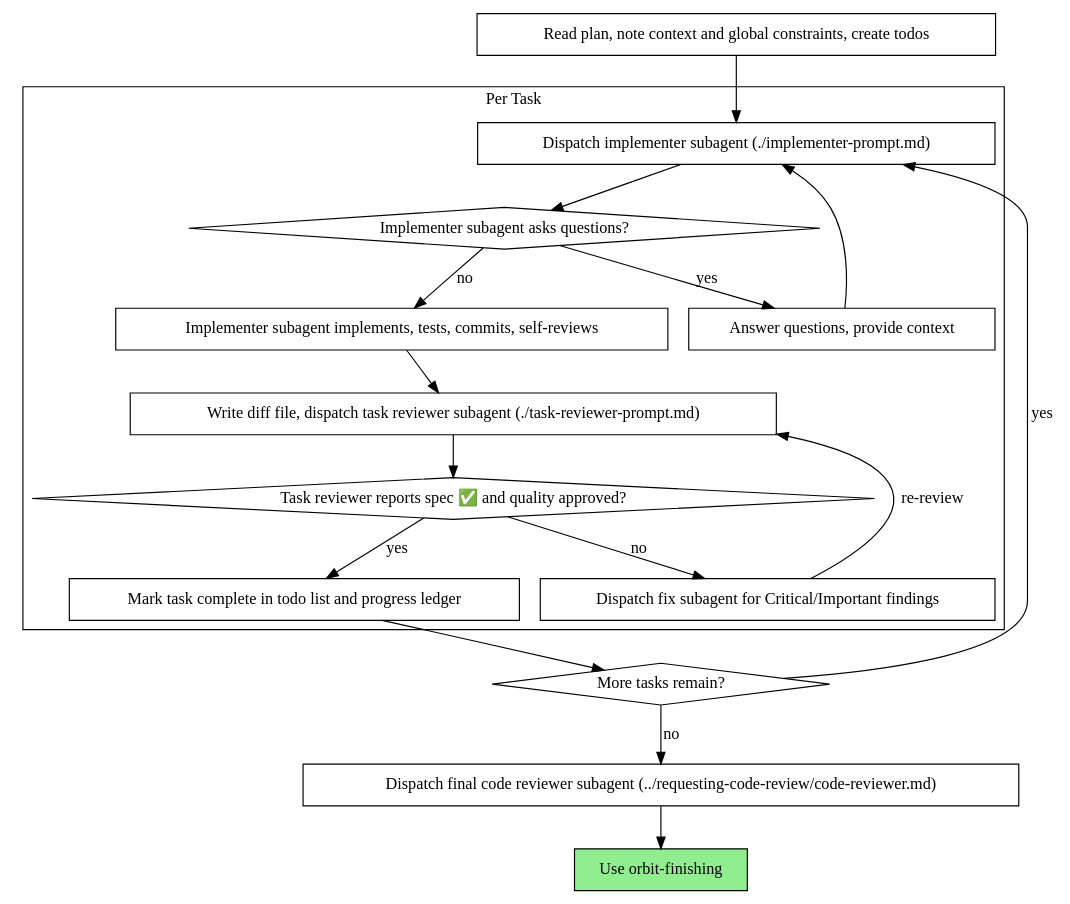
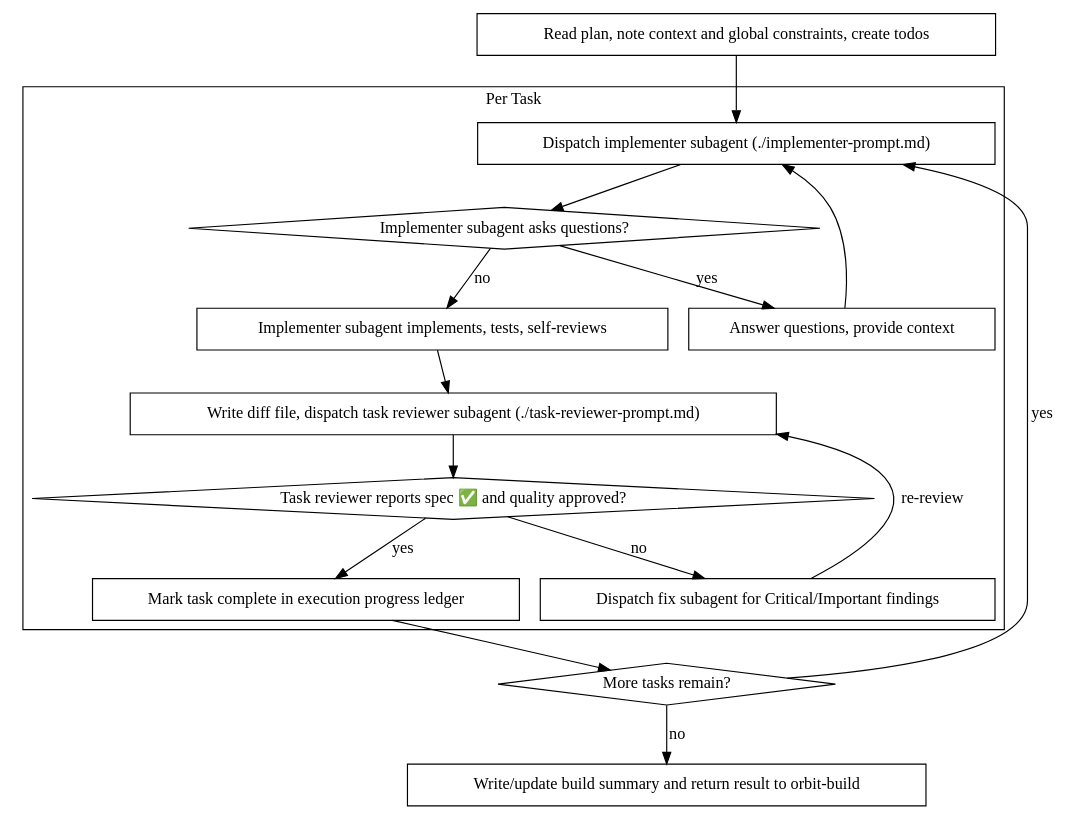
Before and after one commit to LeoKon3/orbit: the second of 2 diagrams in skills/orbit-subagent-dev/SKILL.md, drawn with Graphviz. The commit also changed other lines of this file and 6 other files, not shown here.

````diff
--- a/skills/orbit-subagent-dev/SKILL.md
+++ b/skills/orbit-subagent-dev/SKILL.md
@@ -49,37 +61,35 @@
 ```dot
 digraph process {
     rankdir=TB;
 
     subgraph cluster_per_task {
         label="Per Task";
         "Dispatch implementer subagent (./implementer-prompt.md)" [shape=box];
         "Implementer subagent asks questions?" [shape=diamond];
         "Answer questions, provide context" [shape=box];
-        "Implementer subagent implements, tests, commits, self-reviews" [shape=box];
+        "Implementer subagent implements, tests, self-reviews" [shape=box];
         "Write diff file, dispatch task reviewer subagent (./task-reviewer-prompt.md)" [shape=box];
         "Task reviewer reports spec ✅ and quality approved?" [shape=diamond];
         "Dispatch fix subagent for Critical/Important findings" [shape=box];
-        "Mark task complete in todo list and progress ledger" [shape=box];
+        "Mark task complete in execution progress ledger" [shape=box];
     }
 
     "Read plan, note context and global constraints, create todos" [shape=box];
     "More tasks remain?" [shape=diamond];
-    "Dispatch final code reviewer subagent (../requesting-code-review/code-reviewer.md)" [shape=box];
-    "Use orbit-finishing" [shape=box style=filled fillcolor=lightgreen];
+    "Write/update build summary and return result to orbit-build" [shape=box];
 
     "Read plan, note context and global constraints, create todos" -> "Dispatch implementer subagent (./implementer-prompt.md)";
     "Dispatch implementer subagent (./implementer-prompt.md)" -> "Implementer subagent asks questions?";
     "Implementer subagent asks questions?" -> "Answer questions, provide context" [label="yes"];
     "Answer questions, provide context" -> "Dispatch implementer subagent (./implementer-prompt.md)";
-    "Implementer subagent asks questions?" -> "Implementer subagent implements, tests, commits, self-reviews" [label="no"];
-    "Implementer subagent implements, tests, commits, self-reviews" -> "Write diff file, dispatch task reviewer subagent (./task-reviewer-prompt.md)";
+    "Implementer subagent asks questions?" -> "Implementer subagent implements, tests, self-reviews" [label="no"];
+    "Implementer subagent implements, tests, self-reviews" -> "Write diff file, dispatch task reviewer subagent (./task-reviewer-prompt.md)";
     "Write diff file, dispatch task reviewer subagent (./task-reviewer-prompt.md)" -> "Task reviewer reports spec ✅ and quality approved?";
     "Task reviewer reports spec ✅ and quality approved?" -> "Dispatch fix subagent for Critical/Important findings" [label="no"];
     "Dispatch fix subagent for Critical/Important findings" -> "Write diff file, dispatch task reviewer subagent (./task-reviewer-prompt.md)" [label="re-review"];
-    "Task reviewer reports spec ✅ and quality approved?" -> "Mark task complete in todo list and progress ledger" [label="yes"];
-    "Mark task complete in todo list and progress ledger" -> "More tasks remain?";
+    "Task reviewer reports spec ✅ and quality approved?" -> "Mark task complete in execution progress ledger" [label="yes"];
+    "Mark task complete in execution progress ledger" -> "More tasks remain?";
     "More tasks remain?" -> "Dispatch implementer subagent (./implementer-prompt.md)" [label="yes"];
-    "More tasks remain?" -> "Dispatch final code reviewer subagent (../requesting-code-review/code-reviewer.md)" [label="no"];
-    "Dispatch final code reviewer subagent (../requesting-code-review/code-reviewer.md)" -> "Use orbit-finishing";
+    "More tasks remain?" -> "Write/update build summary and return result to orbit-build" [label="no"];
 }
 ```
````
